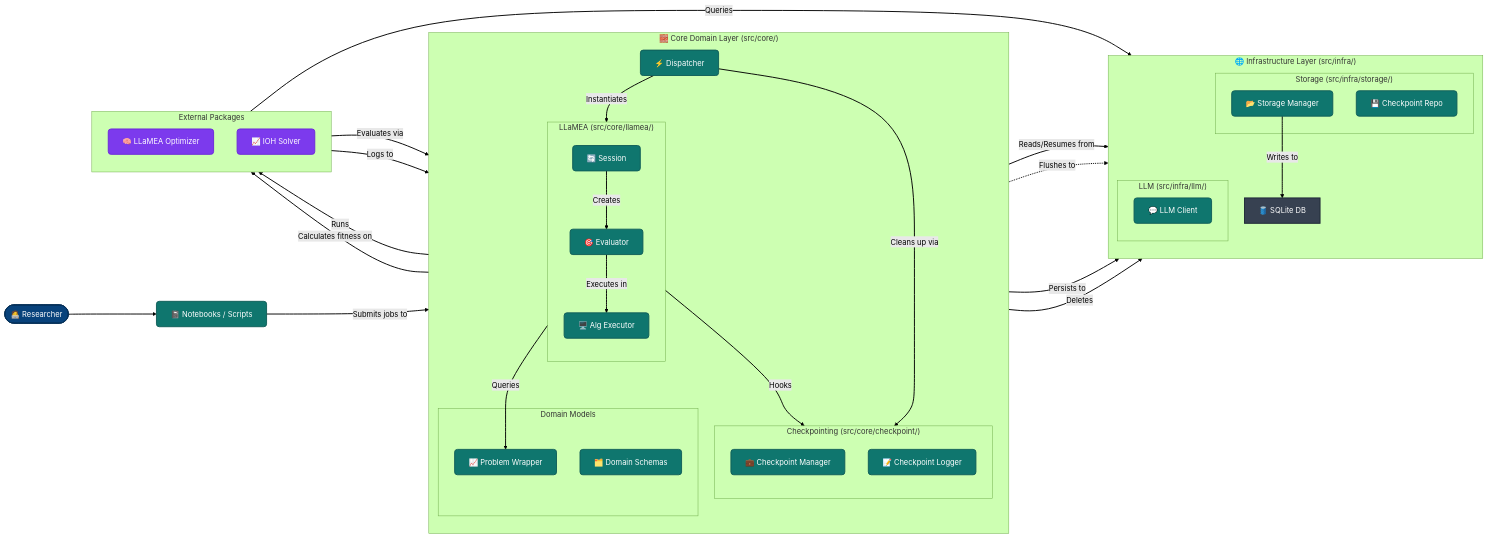
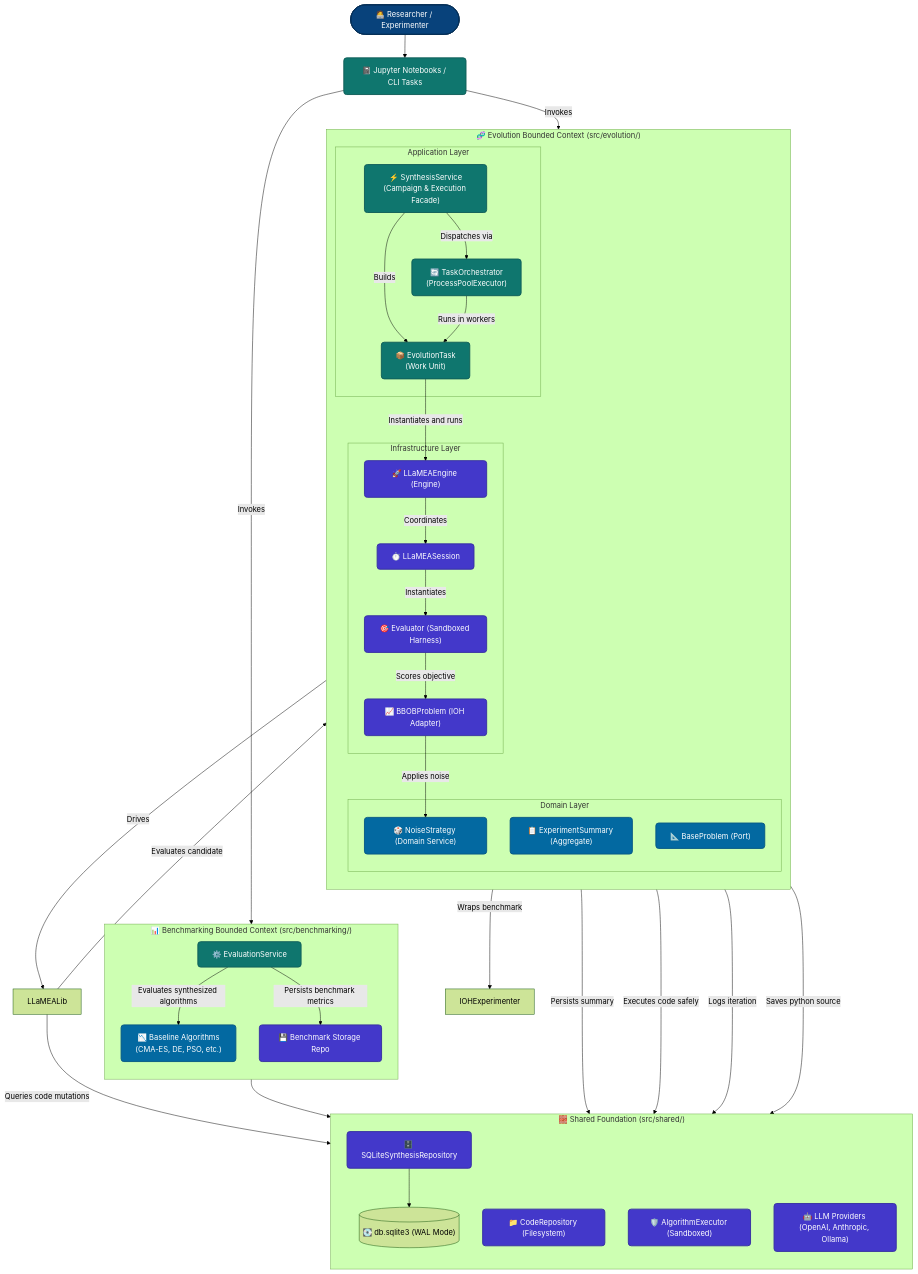
The diagram in docs/architecture/system_architecture.md (Nicola-Ibrahim/AAD_LLM), drawn with Mermaid (forest theme) before and after one commit. The commit also changed other lines of this file and 27 other files, not shown here.

Commit message:
refactor: modularize synthesis service with engine abstraction and BaseLogger interface

````diff
--- a/docs/architecture/system_architecture.md
+++ b/docs/architecture/system_architecture.md
@@ -9,93 +9,96 @@
 ```mermaid
-graph LR
+graph TB
     %% Styling Definitions
     classDef person fill:#08427b,stroke:#052e56,color:#fff,stroke-width:2px,rx:10px,ry:10px;
-    classDef internal fill:#0f766e,stroke:#115e59,color:#fff,stroke-width:2px,rx:6px,ry:6px;
+    classDef app fill:#0f766e,stroke:#115e59,color:#fff,stroke-width:2px,rx:6px,ry:6px;
+    classDef domain fill:#0369a1,stroke:#075985,color:#fff,stroke-width:2px,rx:6px,ry:6px;
+    classDef infra fill:#4338ca,stroke:#3730a3,color:#fff,stroke-width:2px,rx:6px,ry:6px;
     classDef external fill:#7c3aed,stroke:#6d28d9,color:#fff,stroke-width:2px,rx:6px,ry:6px;
     classDef db fill:#374151,stroke:#1f2937,color:#fff,stroke-width:2px,shape:cylinder;
 
-    User(["🧑‍💻 Researcher"]):::person
-    Notebook["📓 Notebooks / Scripts"]:::internal
+    User(["🧑‍💻 Researcher / Experimenter"]):::person
+    Client["📓 Jupyter Notebooks / CLI Tasks"]:::app
 
     %% --------------------------------------------------------
-    %% BOUNDED CONTEXTS
+    %% BOUNDED CONTEXT: EVOLUTION
     %% --------------------------------------------------------
-
-    subgraph CoreContext ["🧱 Core Domain Layer (src/core/)"]
+    subgraph EvolutionContext ["🧬 Evolution Bounded Context (src/evolution/)"]
         direction TB
-        Dispatcher["⚡ Dispatcher"]:::internal
         
-        subgraph CoreLLaMEA ["LLaMEA (src/core/llamea/)"]
-            direction TB
-            Session["🔄 Session"]:::internal
-            Evaluator["🎯 Evaluator"]:::internal
-            AlgExecutor["🖥️ Alg Executor"]:::internal
+        subgraph EvoApp ["Application Layer"]
+            SynthesisService["⚡ SynthesisService<br/>(Campaign & Execution Facade)"]:::app
+            TaskOrchestrator["🔄 TaskOrchestrator<br/>(ProcessPoolExecutor)"]:::app
+            EvolutionTask["📦 EvolutionTask<br/>(Work Unit)"]:::app
         end
 
-        subgraph CoreCheckpoint ["Checkpointing (src/core/checkpoint/)"]
-            direction TB
-            CkptManager["💼 Checkpoint Manager"]:::internal
-            CkptLogger["📝 Checkpoint Logger"]:::internal
+        subgraph EvoDomain ["Domain Layer"]
+            ExpSummary["📋 ExperimentSummary (Aggregate)"]:::domain
+            NoiseStrategies["🎲 NoiseStrategy (Domain Service)"]:::domain
+            BaseProblem["📐 BaseProblem (Port)"]:::domain
         end
-        
-        subgraph DomainModels ["Domain Models"]
-            Problems["📈 Problem Wrapper"]:::internal
-            Schemas["🗂️ Domain Schemas"]:::internal
+
+        subgraph EvoInfra ["Infrastructure Layer"]
+            LLaMEAEngine["🚀 LLaMEAEngine (Engine)"]:::infra
+            LLaMEASession["⏱️ LLaMEASession"]:::infra
+            Evaluator["🎯 Evaluator (Sandboxed Harness)"]:::infra
+            BBOBProblem["📈 BBOBProblem (IOH Adapter)"]:::infra
         end
     end
 
-    subgraph InfraContext ["🌐 Infrastructure Layer (src/infra/)"]
+    %% --------------------------------------------------------
+    %% BOUNDED CONTEXT: BENCHMARKING
+    %% --------------------------------------------------------
+    subgraph BenchmarkingContext ["📊 Benchmarking Bounded Context (src/benchmarking/)"]
         direction TB
-        subgraph InfraStorage ["Storage (src/infra/storage/)"]
-            StorageMgr["📂 Storage Manager"]:::internal
-            CkptRepo["💾 Checkpoint Repo"]:::internal
-        end
-        
-        subgraph InfraLLM ["LLM (src/infra/llm/)"]
-            LLMClient["💬 LLM Client"]:::internal
-        end
-        SQLite["🛢️ SQLite DB"]:::db
+        EvalService["⚙️ EvaluationService"]:::app
+        Baselines["📉 Baseline Algorithms<br/>(CMA-ES, DE, PSO, etc.)"]:::domain
+        BenchStorage["💾 Benchmark Storage Repo"]:::infra
     end
 
-    subgraph ExternalLibraries ["External Packages"]
+    %% --------------------------------------------------------
+    %% SHARED FOUNDATION & EXTERNAL
+    %% --------------------------------------------------------
+    subgraph SharedComponents ["🧱 Shared Foundation (src/shared/)"]
         direction TB
-        LLaMEALib["🧠 LLaMEA Optimizer"]:::external
-        BBOBProb["📈 IOH Solver"]:::external
+        SQLiteRepo["🗄️ SQLiteSynthesisRepository"]:::infra
+        CodeRepo["📁 CodeRepository (Filesystem)"]:::infra
+        Executor["🛡️ AlgorithmExecutor (Sandboxed)"]:::infra
+        DBStorage[("💽 db.sqlite3 (WAL Mode)")]:::storage
+        LLMProvider["🤖 LLM Providers (OpenAI, Anthropic, Ollama)"]:::infra
     end
 
     %% --------------------------------------------------------
     %% STRUCTURAL DEPENDENCIES
     %% --------------------------------------------------------
+    User --> Client
+    Client -->|Invokes| SynthesisService
+    Client -->|Invokes| EvalService
 
-    User --> Notebook
-    Notebook -->|Submits jobs to| Dispatcher
-    
-    %% Dispatcher
-    Dispatcher -->|Instantiates| Session
-    Dispatcher -->|Cleans up via| CkptManager
-    
-    %% Session
-    Session -->|Reads/Resumes from| CkptRepo
-    Session -->|Runs| LLaMEALib
-    Session -->|Creates| Evaluator
-    Session -->|Hooks| CkptLogger
-    
-    %% LLaMEA Execution
-    LLaMEALib -->|Queries| LLMClient
-    LLaMEALib -->|Evaluates via| Evaluator
-    LLaMEALib -->|Logs to| CkptLogger
-    
-    %% Evaluation
-    Evaluator -->|Executes in| AlgExecutor
-    AlgExecutor -->|Queries| Problems
-    AlgExecutor -->|Calculates fitness on| BBOBProb
-    
-    %% Storage & Persistence
-    CkptLogger -.->|Flushes to| StorageMgr
-    CkptManager -->|Persists to| StorageMgr
-    CkptManager -->|Deletes| CkptRepo
-    StorageMgr -->|Writes to| SQLite
+    %% Evolution Flow
+    SynthesisService -->|Builds| EvolutionTask
+    SynthesisService -->|Dispatches via| TaskOrchestrator
+    TaskOrchestrator -->|Runs in workers| EvolutionTask
+    EvolutionTask -->|Instantiates and runs| LLaMEAEngine
 
-    %% Visual distinction for cross-context lines
-    linkStyle default stroke-width:2px,fill:none;
+    LLaMEAEngine -->|Coordinates| LLaMEASession
+    LLaMEASession -->|Instantiates| Evaluator
+    LLaMEASession -->|Drives| LLaMEALib
+    LLaMEASession -->|Persists summary| SQLiteRepo
+
+    LLaMEALib -->|Queries code mutations| LLMProvider
+    LLaMEALib -->|Evaluates candidate| Evaluator
+    Evaluator -->|Executes code safely| Executor
+    Evaluator -->|Scores objective| BBOBProblem
+    Evaluator -->|Logs iteration| SQLiteRepo
+    Evaluator -->|Saves python source| CodeRepo
+    BBOBProblem -->|Wraps benchmark| IOHExperimenter
+    BBOBProblem -->|Applies noise| NoiseStrategies
+
+    %% Benchmarking Flow
+    EvalService -->|Evaluates synthesized algorithms| Baselines
+    EvalService -->|Persists benchmark metrics| BenchStorage
+    BenchStorage --> SQLiteRepo
+
+    %% Storage Backing
+    SQLiteRepo --> DBStorage
 ```
````
